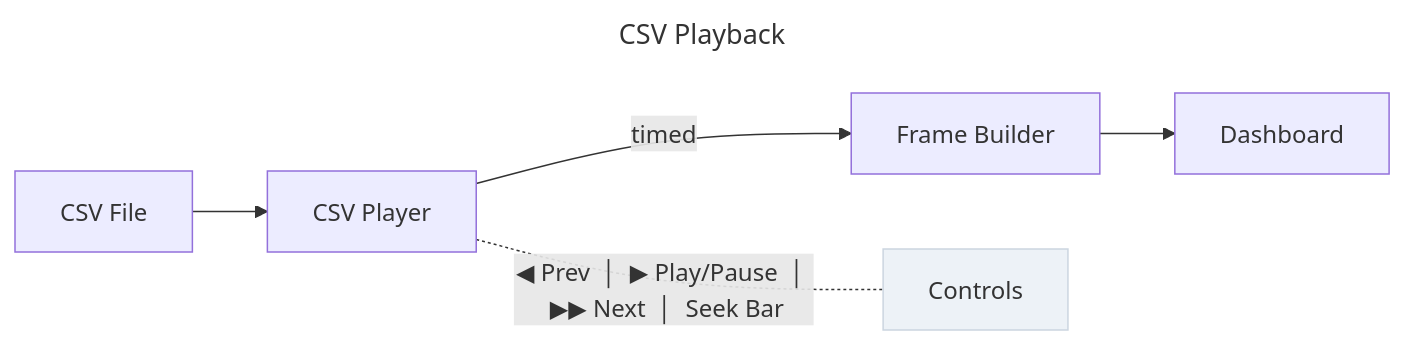
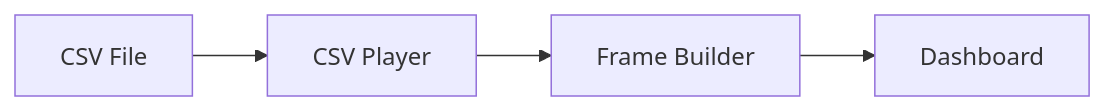
Before and after one commit to Serial-Studio/Serial-Studio: the second of 2 diagrams in doc/help/CSV-Import-Export.md, drawn with Mermaid. The commit also changed other lines of this file and 11 other files, not shown here.

````diff
--- a/doc/help/CSV-Import-Export.md
+++ b/doc/help/CSV-Import-Export.md
@@ -25,10 +18,6 @@
 ```mermaid
----
-title: CSV Playback
----
 flowchart LR
-    A[CSV File] --> B[CSV Player] -->|timed| C[Frame Builder] --> D[Dashboard]
-    B -.-|"◀ Prev  │  ▶ Play/Pause  │  ▶▶ Next  │  Seek Bar"| E[Controls]
-
-    style E fill:#edf2f7,stroke:#cbd5e0
+    A["CSV File"] --> B["CSV Player"]
+    B --> C["Frame Builder"]
+    C --> D["Dashboard"]
 ```
````
